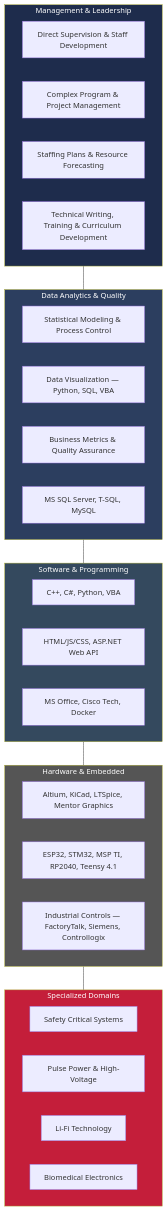
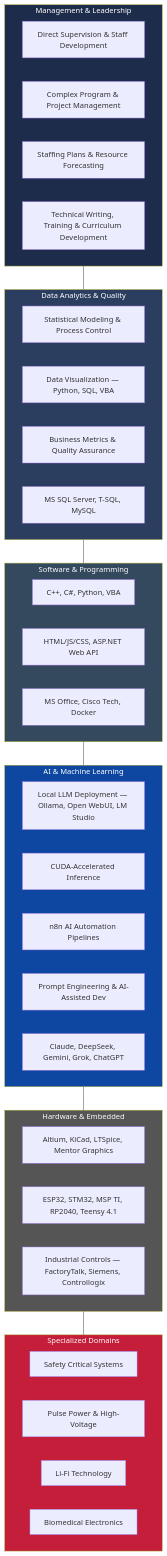
Before and after one commit to EE-EDK/Ethan-D-Kunz-Resume-2025: the sixth of 7 diagrams in Ethan-Kunz-Resume-TechManager.md, drawn with Mermaid. The commit also changed other lines of this file and 2 other files, not shown here.

````diff
--- a/Ethan-Kunz-Resume-TechManager.md
+++ b/Ethan-Kunz-Resume-TechManager.md
@@ -232,40 +243,49 @@
 ```mermaid
 flowchart TB
     subgraph MGT["Management & Leadership"]
         M1["Direct Supervision & Staff Development"]
         M2["Complex Program & Project Management"]
         M3["Staffing Plans & Resource Forecasting"]
         M4["Technical Writing, Training & Curriculum Development"]
     end
     subgraph DATA["Data Analytics & Quality"]
         D1["Statistical Modeling & Process Control"]
         D2["Data Visualization — Python, SQL, VBA"]
         D3["Business Metrics & Quality Assurance"]
         D4["MS SQL Server, T-SQL, MySQL"]
     end
     subgraph SW["Software & Programming"]
         S1["C++, C#, Python, VBA"]
         S2["HTML/JS/CSS, ASP.NET Web API"]
         S3["MS Office, Cisco Tech, Docker"]
     end
     subgraph HW["Hardware & Embedded"]
         H1["Altium, KiCad, LTSpice, Mentor Graphics"]
         H2["ESP32, STM32, MSP TI, RP2040, Teensy 4.1"]
         H3["Industrial Controls — FactoryTalk, Siemens, Controllogix"]
     end
+    subgraph AI["AI & Machine Learning"]
+        A1["Local LLM Deployment — Ollama, Open WebUI, LM Studio"]
+        A2["CUDA-Accelerated Inference"]
+        A3["n8n AI Automation Pipelines"]
+        A4["Prompt Engineering & AI-Assisted Dev"]
+        A5["Claude, DeepSeek, Gemini, Grok, ChatGPT"]
+    end
     subgraph SPEC["Specialized Domains"]
         SP1["Safety Critical Systems"]
         SP2["Pulse Power & High-Voltage"]
         SP3["Li-Fi Technology"]
         SP4["Biomedical Electronics"]
     end
     MGT --- DATA
     DATA --- SW
-    SW --- HW
+    SW --- AI
+    AI --- HW
     HW --- SPEC
     style MGT fill:#1e2c4c,color:#fff
     style DATA fill:#2c3e5f,color:#fff
     style SW fill:#34495e,color:#fff
+    style AI fill:#0d47a1,color:#fff
     style HW fill:#555,color:#fff
     style SPEC fill:#c41e3a,color:#fff
 ```
````
